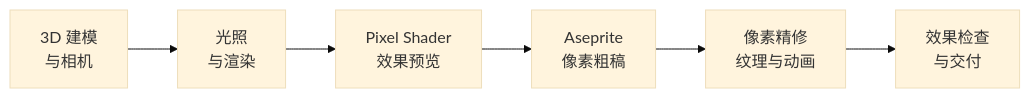
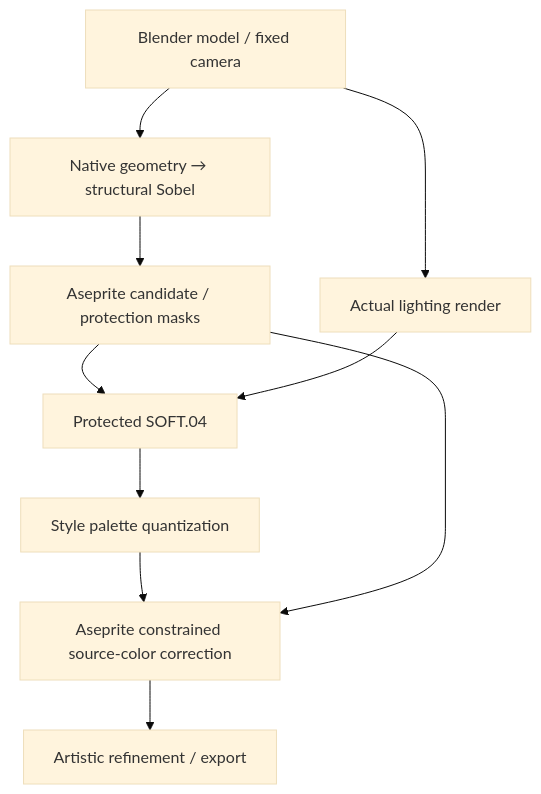
The diagram in game/pixel-art/README.zh-CN.md (A-Lucious/my-skills), drawn with Mermaid (base theme) before and after one commit. The commit also changed other lines of this file and 76 other files, not shown here.

First line of the commit message:
feat(pixel-art)!: adopt structural baseline

````diff
--- a/game/pixel-art/README.zh-CN.md
+++ b/game/pixel-art/README.zh-CN.md
@@ -15,8 +19,12 @@
 ```mermaid
-flowchart LR
-    A["3D 建模<br/>与相机"] --> B["光照<br/>与渲染"]
-    B --> C["Pixel Shader<br/>效果预览"]
-    C --> D["Aseprite<br/>像素粗稿"]
-    D --> E["像素精修<br/>纹理与动画"]
-    E --> F["效果检查<br/>与交付"]
+flowchart TD
+    A["Blender model / fixed camera"] --> S["Native geometry → structural Sobel"]
+    S --> M["Aseprite candidate / protection masks"]
+    A --> L["Actual lighting render"]
+    M --> D["Protected SOFT.04"]
+    L --> D
+    D --> P["Style palette quantization"]
+    P --> R["Aseprite constrained source-color correction"]
+    M --> R
+    R --> F["Artistic refinement / export"]
 ```
````
